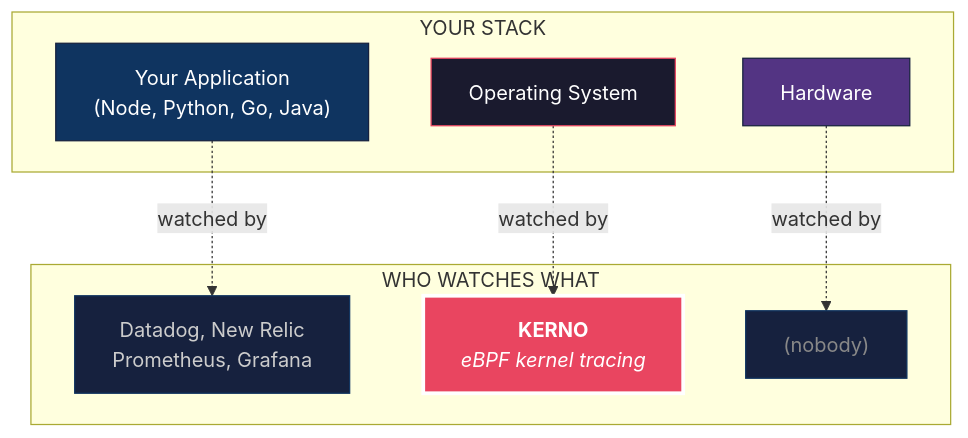
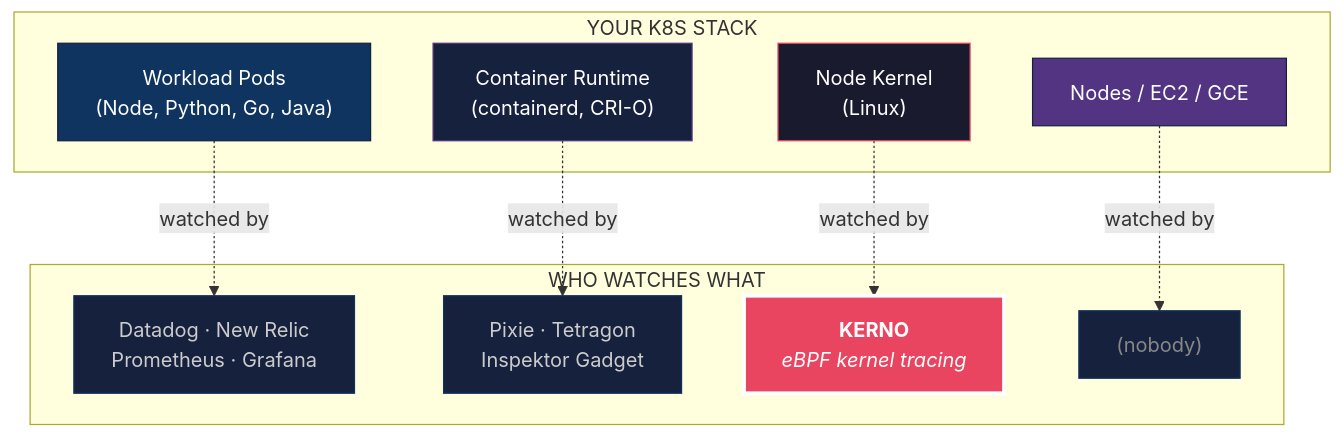
Before and after one commit to indenigrate/kerno: the first of 4 diagrams in README.md, drawn with Mermaid. The commit also changed other lines of this file, not shown here.

````diff
--- a/README.md
+++ b/README.md
@@ -92,25 +33,30 @@
 ```mermaid
 flowchart TB
-    subgraph Stack["YOUR STACK"]
-        App["Your Application<br/>(Node, Python, Go, Java)"]
-        OS["Operating System"]
-        HW["Hardware"]
+    subgraph Stack["YOUR K8S STACK"]
+        App["Workload Pods<br/>(Node, Python, Go, Java)"]
+        Runtime["Container Runtime<br/>(containerd, CRI-O)"]
+        OS["Node Kernel<br/>(Linux)"]
+        HW["Nodes / EC2 / GCE"]
     end
 
     subgraph Tools["WHO WATCHES WHAT"]
-        APM["Datadog, New Relic<br/>Prometheus, Grafana"]
+        APM["Datadog · New Relic<br/>Prometheus · Grafana"]
+        CRun["Pixie · Tetragon<br/>Inspektor Gadget"]
         Kerno["<b>KERNO</b><br/><i>eBPF kernel tracing</i>"]
         Bare["(nobody)"]
     end
 
     App -.watched by.-> APM
+    Runtime -.watched by.-> CRun
     OS -.watched by.-> Kerno
     HW -.watched by.-> Bare
 
     style Kerno fill:#e94560,stroke:#fff,color:#fff,stroke-width:3px
     style App fill:#0f3460,stroke:#16213e,color:#fff
+    style Runtime fill:#16213e,stroke:#533483,color:#fff
     style OS fill:#1a1a2e,stroke:#e94560,color:#fff
     style HW fill:#533483,stroke:#16213e,color:#fff
     style APM fill:#16213e,stroke:#0f3460,color:#ccc
+    style CRun fill:#16213e,stroke:#0f3460,color:#ccc
     style Bare fill:#16213e,stroke:#0f3460,color:#888
 ```
````
